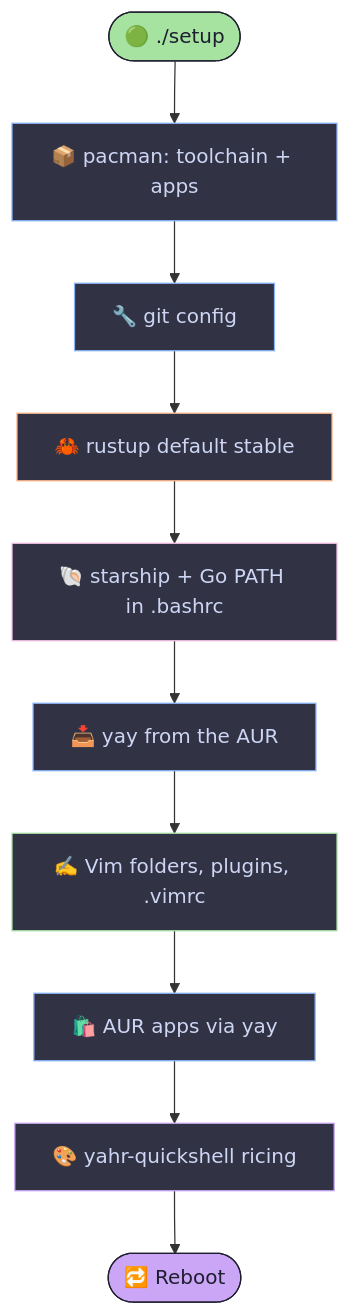
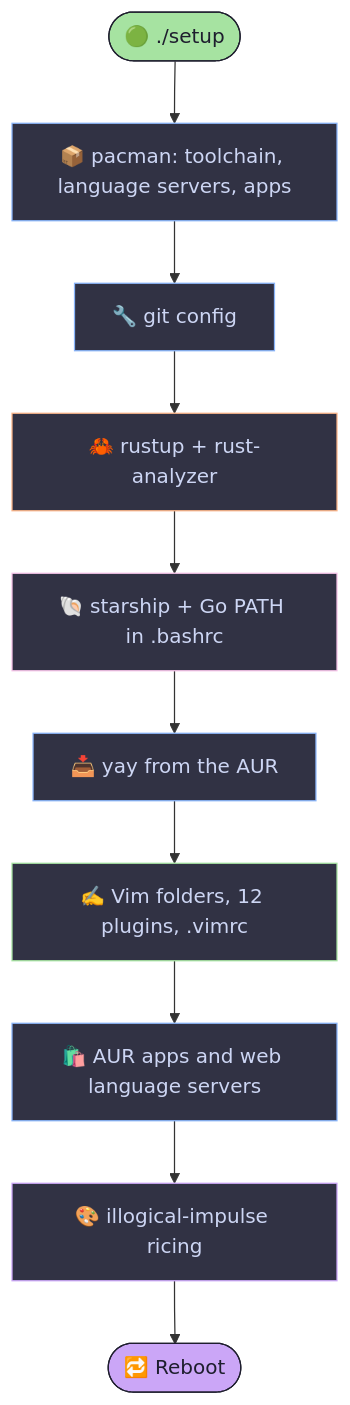
One commit to roland-yegon/config-files changed the diagram in README.md. Above: the diagram before and after it, drawn with Mermaid. The commit also changed other lines of this file, not shown here.

````diff
--- a/README.md
+++ b/README.md
@@ -94,23 +151,23 @@
 ```mermaid
 flowchart TD
-    A([🟢 ./setup]) --> B[📦 pacman: toolchain + apps]
+    A([🟢 ./setup]) --> B[📦 pacman: toolchain, language servers, apps]
     B --> C[🔧 git config]
-    C --> D[🦀 rustup default stable]
+    C --> D[🦀 rustup + rust-analyzer]
     D --> E[🐚 starship + Go PATH in .bashrc]
     E --> F[📥 yay from the AUR]
-    F --> G[✍️ Vim folders, plugins, .vimrc]
-    G --> H[🛍️ AUR apps via yay]
-    H --> I[🎨 yahr-quickshell ricing]
+    F --> G[✍️ Vim folders, 12 plugins, .vimrc]
+    G --> H[🛍️ AUR apps and web language servers]
+    H --> I[🎨 illogical-impulse ricing]
     I --> J([🔁 Reboot])
 
     style A fill:#a6e3a1,stroke:#1e1e2e,color:#1e1e2e
     style J fill:#cba6f7,stroke:#1e1e2e,color:#1e1e2e
     style B fill:#313244,stroke:#89b4fa,color:#cdd6f4
     style C fill:#313244,stroke:#89b4fa,color:#cdd6f4
     style D fill:#313244,stroke:#fab387,color:#cdd6f4
     style E fill:#313244,stroke:#f5c2e7,color:#cdd6f4
     style F fill:#313244,stroke:#89b4fa,color:#cdd6f4
     style G fill:#313244,stroke:#a6e3a1,color:#cdd6f4
     style H fill:#313244,stroke:#89b4fa,color:#cdd6f4
     style I fill:#313244,stroke:#cba6f7,color:#cdd6f4
 ```
````
